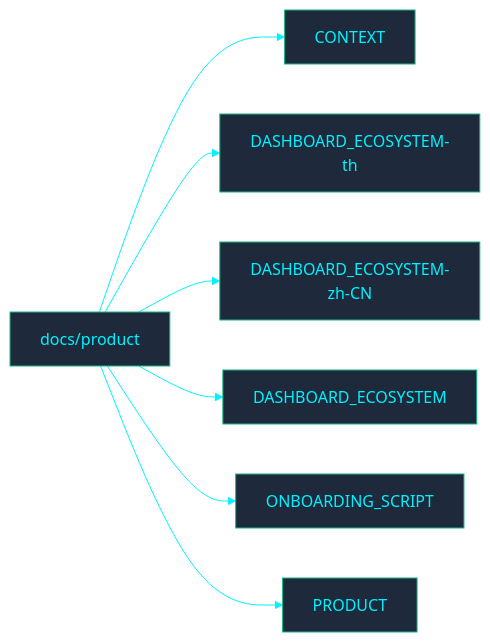
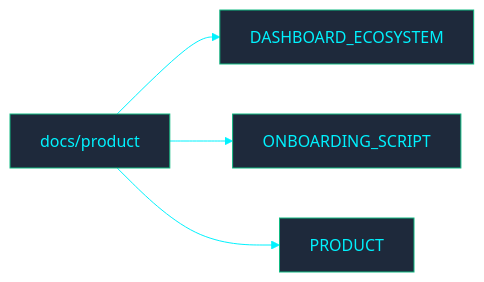
Before and after one commit to PATTANAKORN025/IMS: the diagram in docs/product/README.md, drawn with Mermaid. The commit also changed other lines of this file and 246 other files, not shown here.

````diff
--- a/docs/product/README.md
+++ b/docs/product/README.md
@@ -14,11 +14,8 @@
 ```mermaid
 %%{init: {'theme': 'base', 'themeVariables': { 'primaryColor': '#1e293b', 'primaryTextColor': '#00F2FE', 'primaryBorderColor': '#10B981', 'lineColor': '#00F2FE', 'secondaryColor': '#0f172a', 'tertiaryColor': '#0f172a', 'clusterBkg': '#030407', 'clusterBorder': '#00F2FE'}}}%%
 flowchart LR
   ROOT["docs/product"]
-  ROOT --> F0["CONTEXT"]
-  ROOT --> F1["DASHBOARD_ECOSYSTEM-th"]
-  ROOT --> F2["DASHBOARD_ECOSYSTEM-zh-CN"]
-  ROOT --> F3["DASHBOARD_ECOSYSTEM"]
-  ROOT --> F4["ONBOARDING_SCRIPT"]
-  ROOT --> F5["PRODUCT"]
+  ROOT --> F0["DASHBOARD_ECOSYSTEM"]
+  ROOT --> F1["ONBOARDING_SCRIPT"]
+  ROOT --> F2["PRODUCT"]
 ```
````
